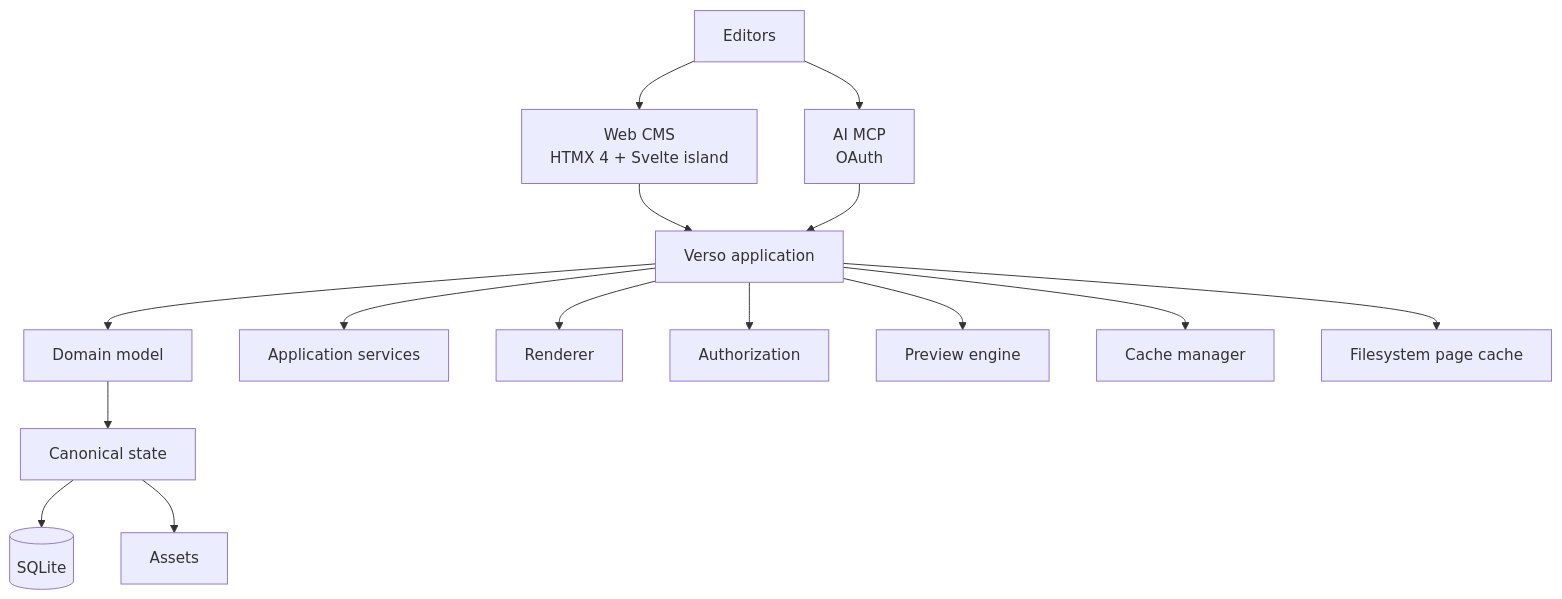
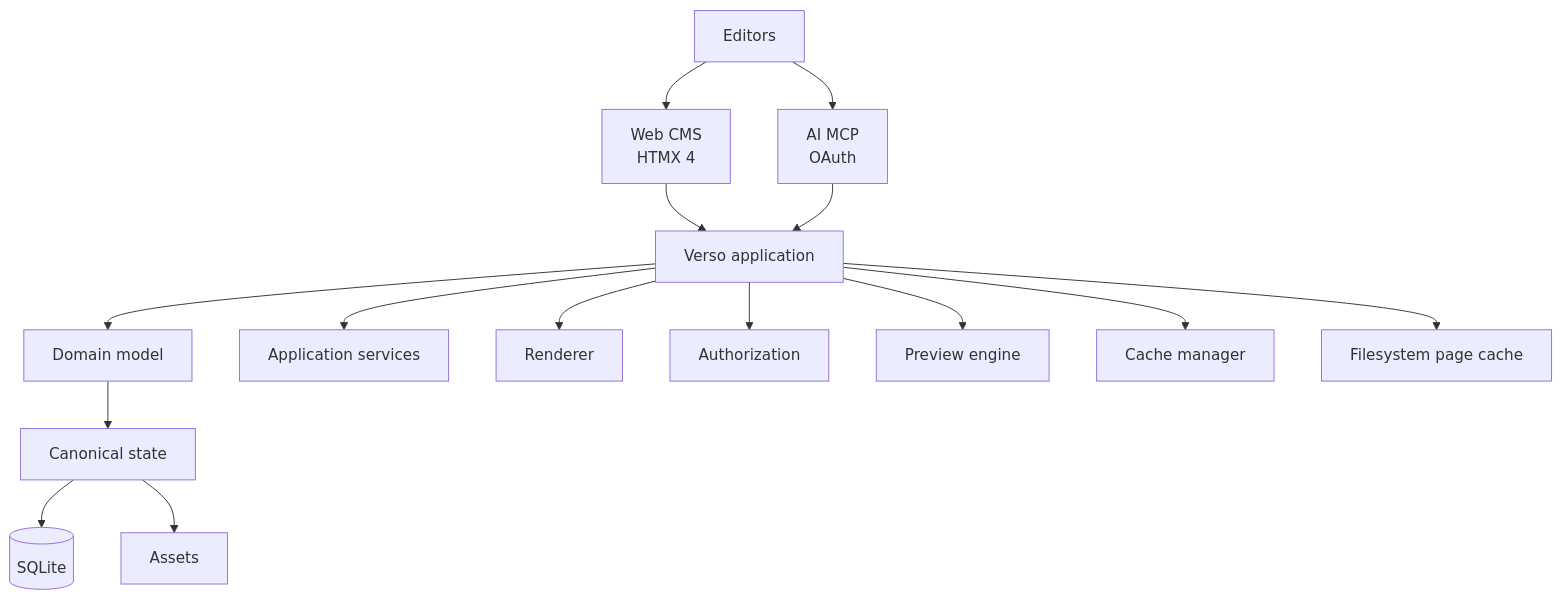
One commit to Natoandro/verso changed the sixth of 6 diagrams in docs/design/operations.md. Above: the diagram before and after it, drawn with Mermaid. The commit also changed other lines of this file and 62 other files, not shown here.

Commit message:
refactor(editor): adopt server-rendered HTMX architecture

````diff
--- a/docs/design/operations.md
+++ b/docs/design/operations.md
@@ -648,17 +623,17 @@
 ```mermaid
 flowchart TB
-    editors["Editors"] --> web["Web CMS<br/>HTMX 4 + Svelte island"]
+    editors["Editors"] --> web["Web CMS<br/>HTMX 4"]
     editors --> mcp["AI MCP<br/>OAuth"]
     web --> verso["Verso application"]
     mcp --> verso
     verso --> domain["Domain model"]
     verso --> services["Application services"]
     verso --> renderer["Renderer"]
     verso --> authorization["Authorization"]
     verso --> preview["Preview engine"]
     verso --> cache["Cache manager"]
     domain --> canonical["Canonical state"]
     canonical --> sqlite[("SQLite")]
     canonical --> assets["Assets"]
     verso --> pagecache["Filesystem page cache"]
 ```
````
